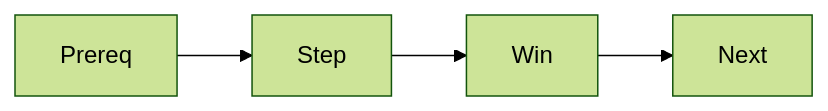
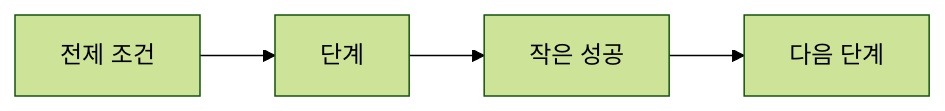
One commit to yeongseon-books/book-content changed the diagram in content/technical-writing-101/ko/08-writing-tutorials.md. Above: the diagram before and after it, drawn with Mermaid (forest theme). The commit also changed other lines of this file and 7 other files, not shown here.

````diff
--- a/content/technical-writing-101/ko/08-writing-tutorials.md
+++ b/content/technical-writing-101/ko/08-writing-tutorials.md
@@ -33,6 +48,6 @@
 ```mermaid
 flowchart LR
-    P[Prereq] --> S[Step]
-    S --> W[Win]
-    W --> N[Next]
+    P[전제 조건] --> S[단계]
+    S --> W[작은 성공]
+    W --> N[다음 단계]
 ```
````
